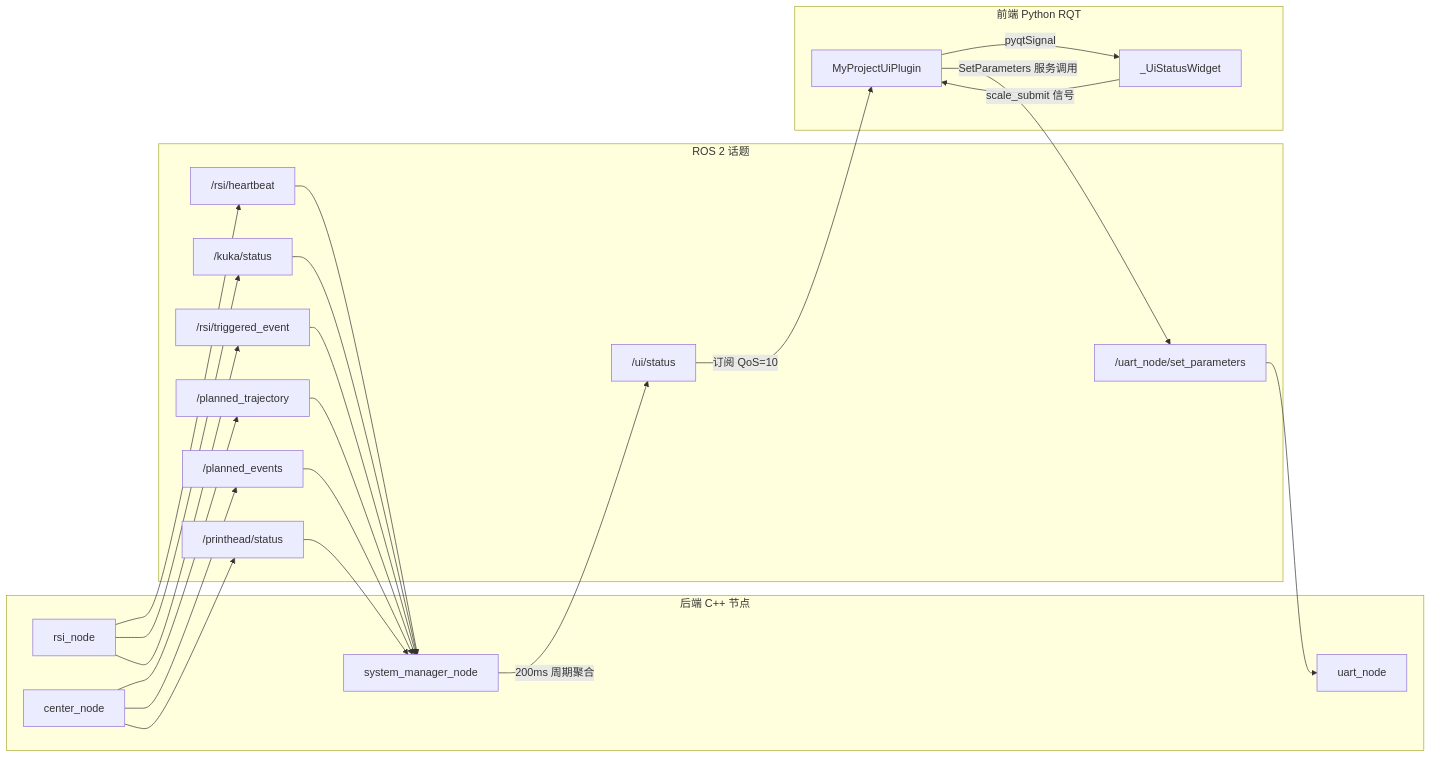
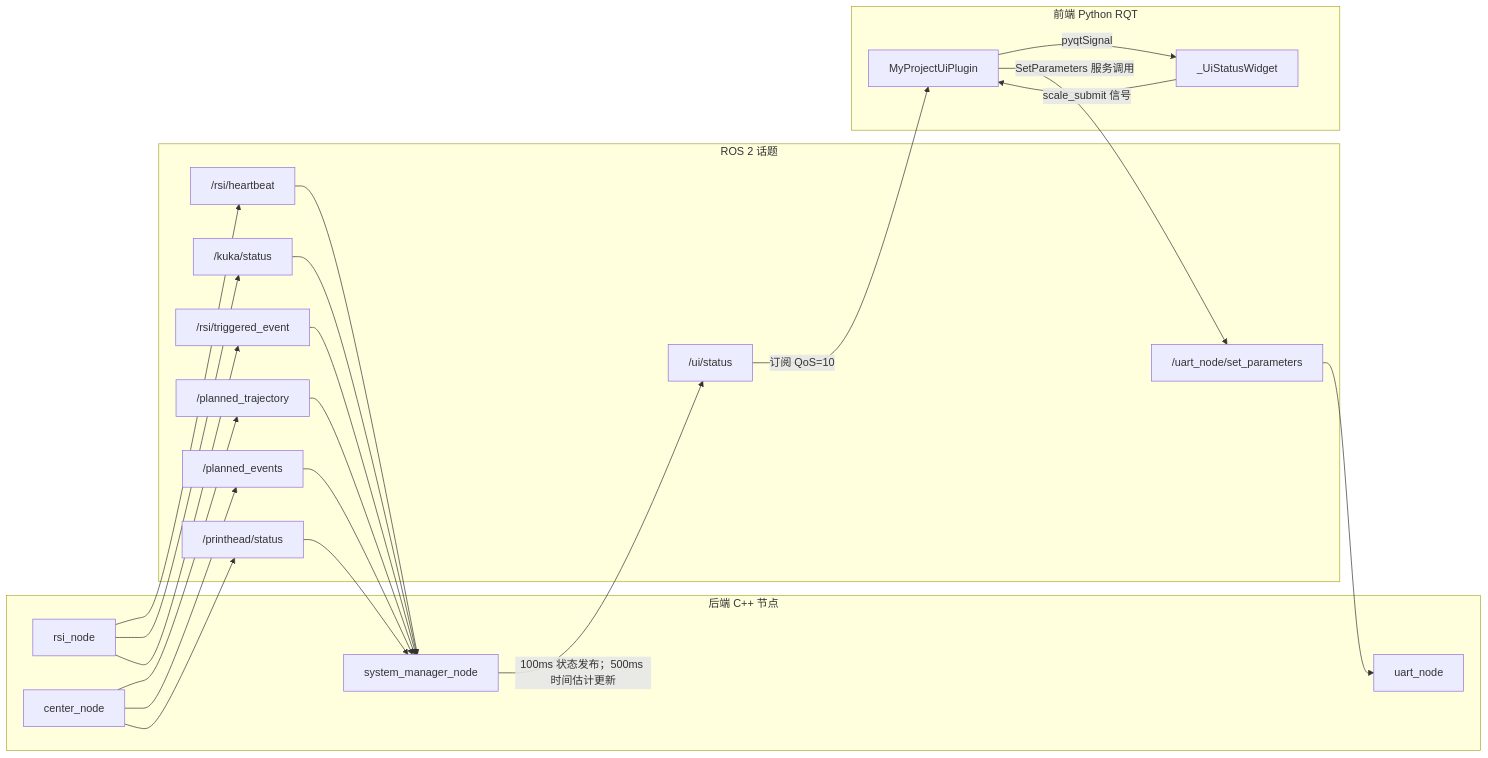
The second of 3 diagrams in src/my_project/my_project_ui/UI_ARCHITECTURE.md (Jayson-Bai/kuka_ram_ws), drawn with Mermaid before and after one commit. The commit also changed other lines of this file and 6 other files, not shown here.

````diff
--- a/src/my_project/my_project_ui/UI_ARCHITECTURE.md
+++ b/src/my_project/my_project_ui/UI_ARCHITECTURE.md
@@ -190,47 +190,47 @@
 ```mermaid
 flowchart LR
     subgraph "后端 C++ 节点"
         RSI[rsi_node]
         UART[uart_node]
         CC[center_node]
         SM[system_manager_node]
     end
 
     subgraph "ROS 2 话题"
         T1["/rsi/heartbeat"]
         T2["/kuka/status"]
         T3["/printhead/status"]
         T4["/planned_trajectory"]
         T5["/planned_events"]
         T6["/rsi/triggered_event"]
         T7["/ui/status"]
         S1["/uart_node/set_parameters"]
     end
 
     subgraph "前端 Python RQT"
         Plugin[MyProjectUiPlugin]
         Widget["_UiStatusWidget"]
     end
 
     RSI --> T1
     RSI --> T2
     RSI --> T6
     CC --> T4
     CC --> T5
     CC --> T3
 
     T1 --> SM
     T2 --> SM
     T3 --> SM
     T4 --> SM
     T5 --> SM
     T6 --> SM
 
-    SM -- "200ms 周期聚合" --> T7
+    SM -- "100ms 状态发布；500ms 时间估计更新" --> T7
     T7 -- "订阅 QoS=10" --> Plugin
     Plugin -- "pyqtSignal" --> Widget
 
     Widget -- "scale_submit 信号" --> Plugin
     Plugin -- "SetParameters 服务调用" --> S1
     S1 --> UART
 ```
````
